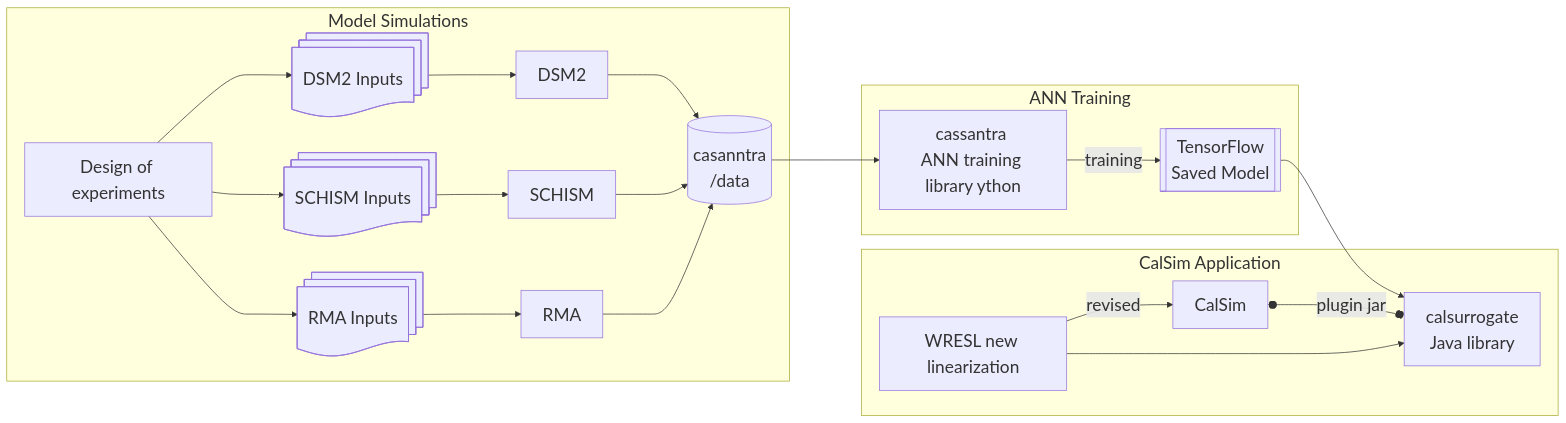
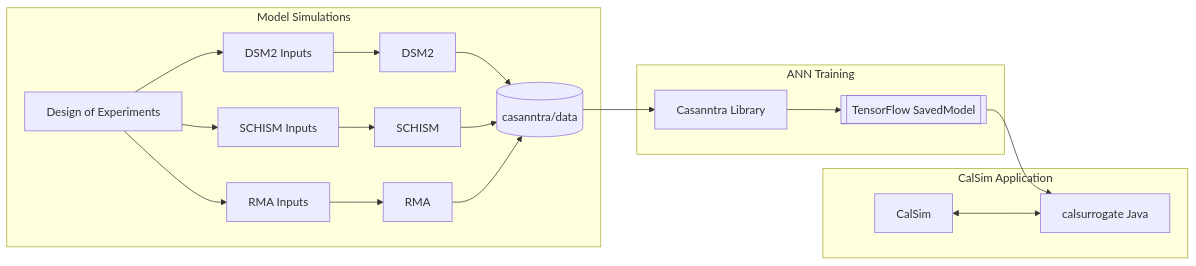
One commit to CADWRDeltaModeling/casanntra changed the diagram in README.md. Above: the diagram before and after it, drawn with Mermaid. The commit also changed other lines of this file and 1 other file, not shown here.

````diff
--- a/README.md
+++ b/README.md
@@ -5,30 +279,24 @@
 ```mermaid
-
-%%{init: { "themeVariables": { "fontSize": "24px" } }}%%
 flowchart LR
-    subgraph Model Simulations 
-    doe[Design of experiments] ---> indsm2@{ shape: docs, label: "DSM2 Inputs"}
-	doe ---> inschism@{shape: docs, label: "SCHISM Inputs"}
-	doe ---> inrma@{shape: docs, label: "RMA Inputs"}
-    indsm2 ---> dsm2[DSM2]
-    inschism ---> schism[SCHISM]
-    inrma ---> rma[RMA]
-	dsm2 ---> cassdata@{shape: cyl, label: "casanntra\n/data"}
-	schism --->cassdata
-	rma ---> cassdata
+    subgraph "Model Simulations"
+        doe[Design of Experiments] --> indsm2[DSM2 Inputs]
+        doe --> inschism[SCHISM Inputs]
+        doe --> inrma[RMA Inputs]
+        indsm2 --> dsm2[DSM2]
+        inschism --> schism[SCHISM]
+        inrma --> rma[RMA]
+        dsm2 --> data[(casanntra/data)]
+        schism --> data
+        rma --> data
     end
 
-    subgraph ANN Training
-    cassdata ---> casanntra@{shape: rect, label: "cassantra \nANN training library\Python"}
-    casanntra --training--> tf[[TensorFlow 
-                     Saved Model]]
+    subgraph "ANN Training"
+        data --> casanntra[Casanntra Library]
+        casanntra --> tf[[TensorFlow SavedModel]]
     end
 
-    subgraph CalSim Application
-    tf --> calsur@{shape: rect, label: "calsurrogate\nJava library"}
-    wresl[WRESL new linearization] --revised--> CalSim
-    CalSim o--plugin jar--o calsur
-    wresl ---> calsur
+    subgraph "CalSim Application"
+        tf --> calsur[calsurrogate Java]
+        CalSim <--> calsur
     end
-
-```	
+```
````
